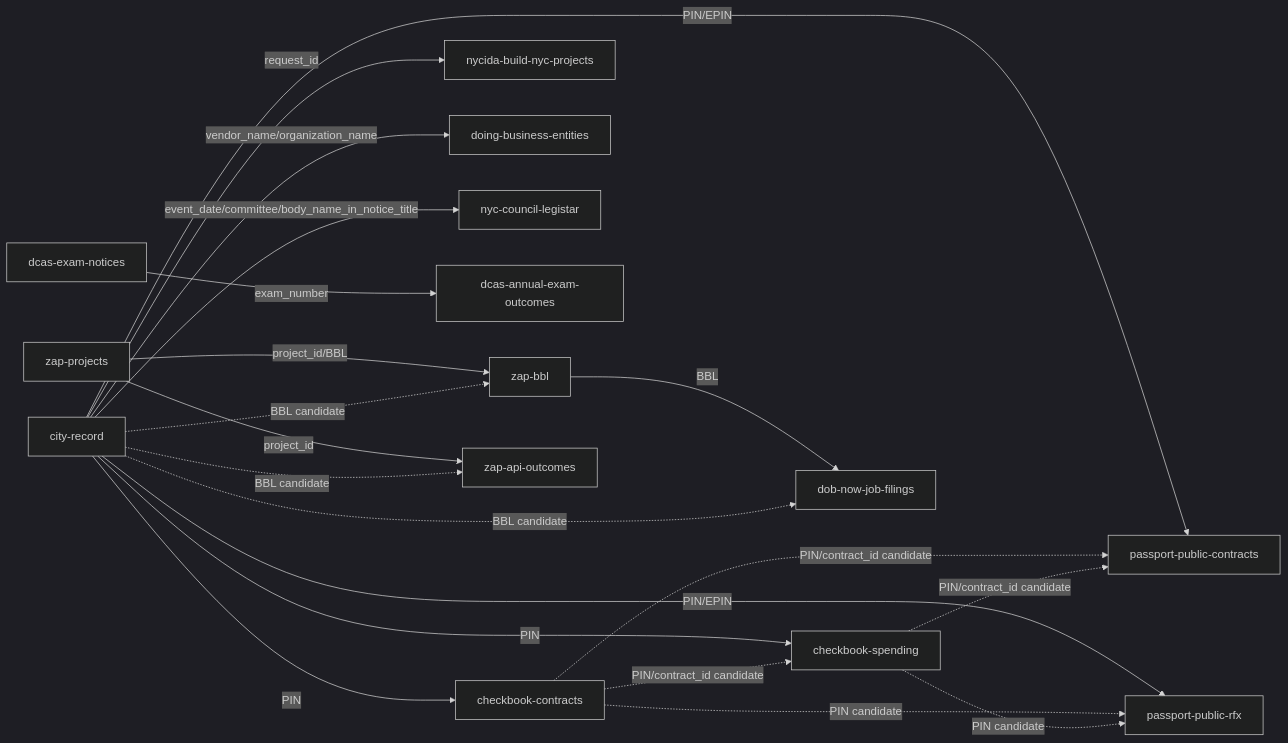
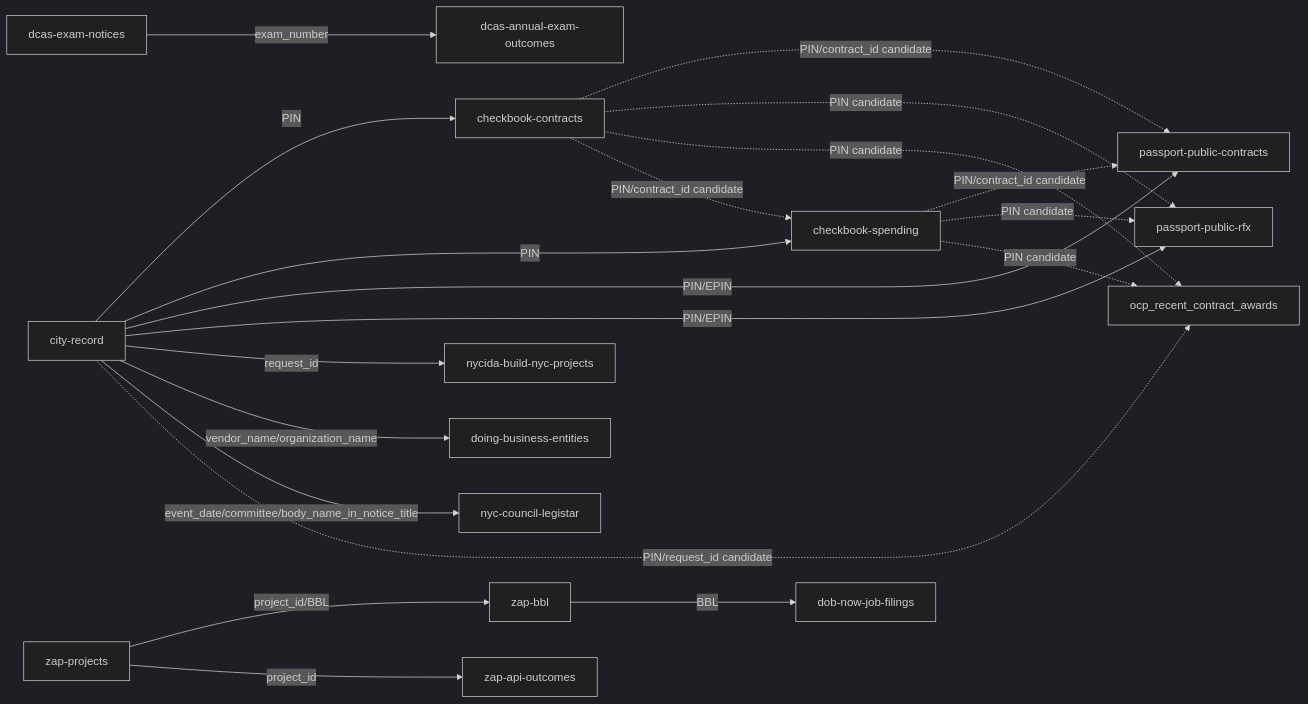
One commit to cityscroll/cityscroll-app changed the diagram in docs/gap-taxonomy.md. Above: the diagram before and after it, drawn with Mermaid (dark theme). The commit also changed other lines of this file and 12 other files, not shown here.

````diff
--- a/docs/gap-taxonomy.md
+++ b/docs/gap-taxonomy.md
@@ -133,22 +133,22 @@
 ```mermaid
 graph LR
   city_record[city-record] -->|PIN| checkbook_contracts[checkbook-contracts]
   city_record[city-record] -->|PIN| checkbook_spending[checkbook-spending]
   city_record[city-record] -->|PIN/EPIN| passport_public_contracts[passport-public-contracts]
   city_record[city-record] -->|PIN/EPIN| passport_public_rfx[passport-public-rfx]
   city_record[city-record] -->|request_id| nycida_build_nyc_projects[nycida-build-nyc-projects]
   city_record[city-record] -->|vendor_name/organization_name| doing_business_entities[doing-business-entities]
   city_record[city-record] -->|event_date/committee/body_name_in_notice_title| nyc_council_legistar[nyc-council-legistar]
   dcas_exam_notices[dcas-exam-notices] -->|exam_number| dcas_annual_exam_outcomes[dcas-annual-exam-outcomes]
   zap_bbl[zap-bbl] -->|BBL| dob_now_job_filings[dob-now-job-filings]
   zap_projects[zap-projects] -->|project_id/BBL| zap_bbl[zap-bbl]
   zap_projects[zap-projects] -->|project_id| zap_api_outcomes[zap-api-outcomes]
   checkbook_contracts-.->|PIN/contract_id candidate| passport_public_contracts
   checkbook_contracts-.->|PIN candidate| passport_public_rfx
   checkbook_spending-.->|PIN/contract_id candidate| passport_public_contracts
   checkbook_spending-.->|PIN candidate| passport_public_rfx
+  checkbook_contracts-.->|PIN candidate| ocp_recent_contract_awards
+  checkbook_spending-.->|PIN candidate| ocp_recent_contract_awards
+  city_record-.->|PIN/request_id candidate| ocp_recent_contract_awards
   checkbook_contracts-.->|PIN/contract_id candidate| checkbook_spending
-  city_record-.->|BBL candidate| dob_now_job_filings
-  city_record-.->|BBL candidate| zap_api_outcomes
-  city_record-.->|BBL candidate| zap_bbl
 ```
````
